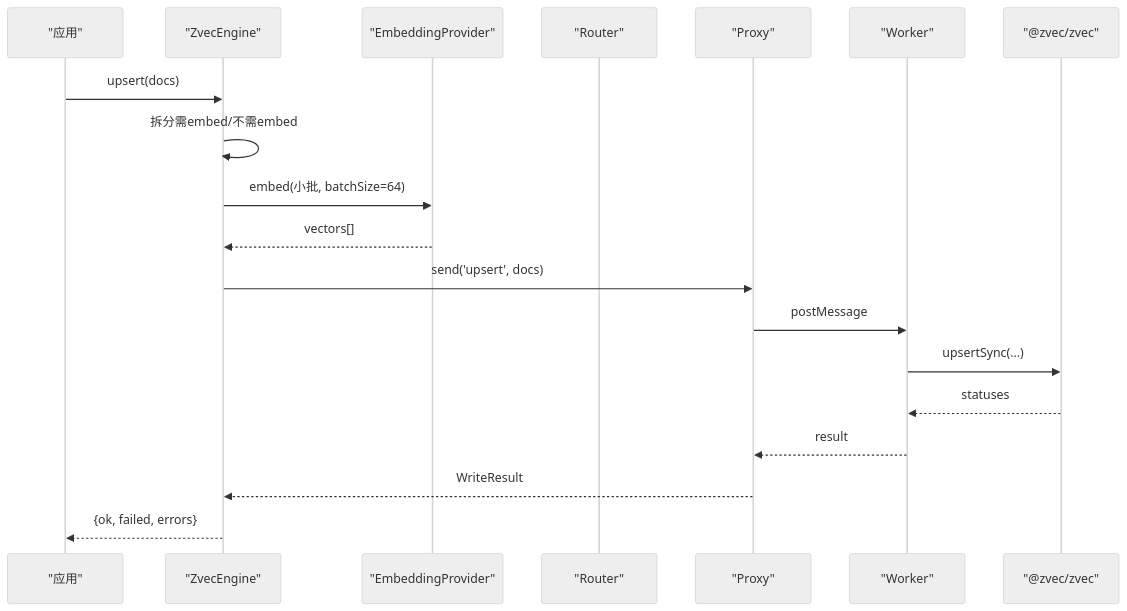
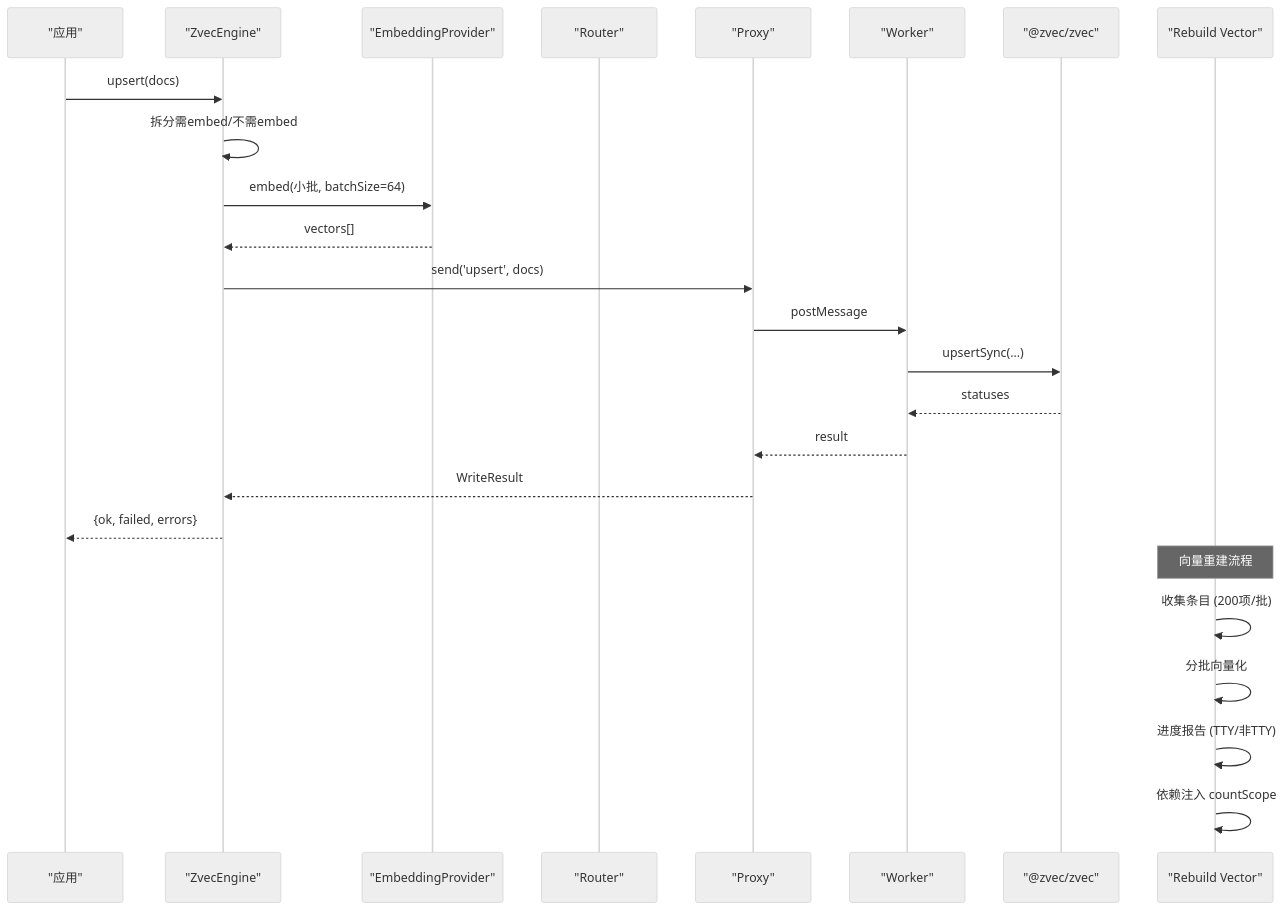
The second of 9 diagrams in .qoder/repowiki/zh/content/向量引擎架构/向量引擎架构.md (HACK-WU/kisearch), drawn with Mermaid (neutral theme) before and after one commit. The commit also changed other lines of this file and 129 other files, not shown here.

````diff
--- a/.qoder/repowiki/zh/content/向量引擎架构/向量引擎架构.md
+++ b/.qoder/repowiki/zh/content/向量引擎架构/向量引擎架构.md
@@ -98,21 +117,27 @@
 ```mermaid
 sequenceDiagram
 participant App as "应用"
 participant Eng as "ZvecEngine"
 participant Emb as "EmbeddingProvider"
 participant R as "Router"
 participant P as "Proxy"
 participant W as "Worker"
 participant Z as "@zvec/zvec"
+participant RB as "Rebuild Vector"
 App->>Eng : upsert(docs)
 Eng->>Eng : 拆分需embed/不需embed
 Eng->>Emb : embed(小批, batchSize=64)
 Emb-->>Eng : vectors[]
 Eng->>P : send('upsert', docs)
 P->>W : postMessage
 W->>Z : upsertSync(...)
 Z-->>W : statuses
 W-->>P : result
 P-->>Eng : WriteResult
 Eng-->>App : {ok, failed, errors}
+Note over RB : 向量重建流程
+RB->>RB : 收集条目 (200项/批)
+RB->>RB : 分批向量化
+RB->>RB : 进度报告 (TTY/非TTY)
+RB->>RB : 依赖注入 countScope
 ```
````
